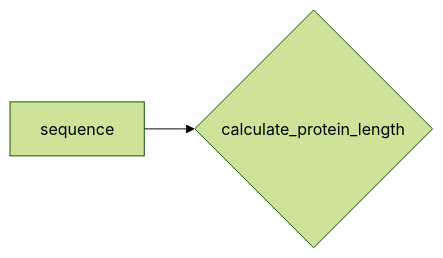
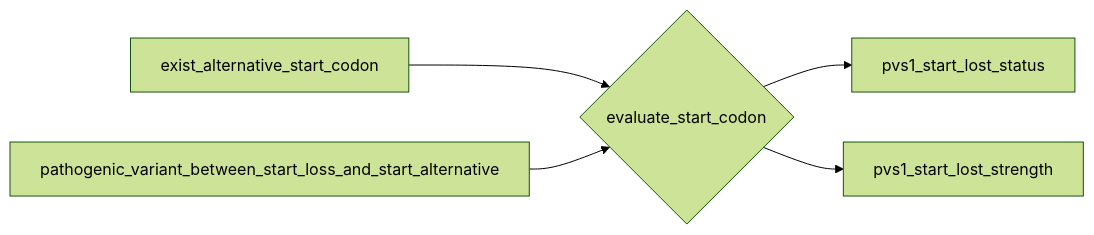
One commit to akatzke/HerediClassify changed diagram 11 of 14 in Software_design/Mermaid.org. Above: the diagram before and after it, drawn with Mermaid (forest theme). The commit also changed other lines of this file and 8 other files, not shown here.

```diff
--- a/Software_design/Mermaid.org
+++ b/Software_design/Mermaid.org
@@ -199,4 +244,7 @@
-#+begin_src mermaid  :file get_premature_termination_codon.png
+#+begin_src mermaid :file refine_start_lost.png
 flowchart LR
-   sequence --> cpl{calculate_protein_length}
+   esc --> pvs1_start_lost_status
+   esc --> pvs1_start_lost_strength
+   exist_alternative_start_codon --> esc{evaluate_start_codon}
+   pathogenic_variant_between_start_loss_and_start_alternative --> esc
 #+end_src
```
